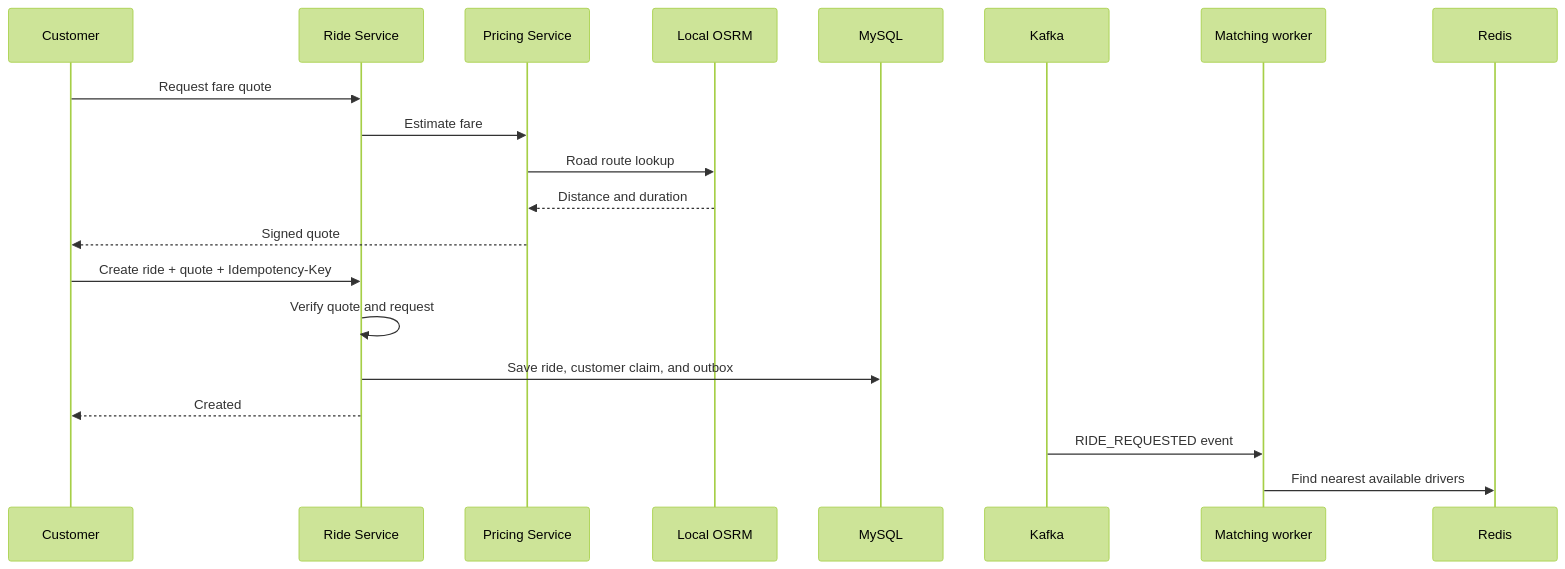
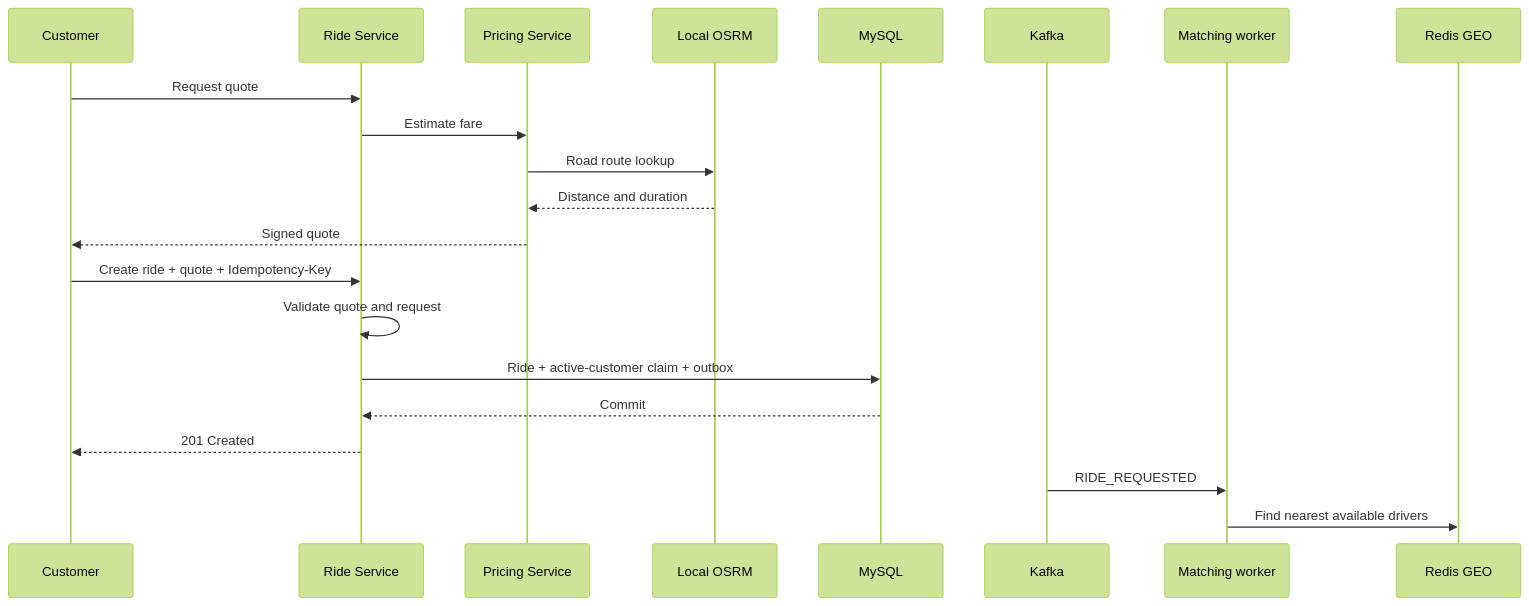
Before and after one commit to shashank35i/GoOn---Ride-Hailing-Microservices-Platform: the second of 2 diagrams in README.md, drawn with Mermaid (forest theme). The commit also changed other lines of this file, not shown here.

````diff
--- a/README.md
+++ b/README.md
@@ -54,23 +49,24 @@
 ```mermaid
 sequenceDiagram
     participant C as Customer
     participant R as Ride Service
     participant P as Pricing Service
     participant O as Local OSRM
     participant DB as MySQL
     participant K as Kafka
     participant M as Matching worker
-    participant Redis
+    participant G as Redis GEO
 
-    C->>R: Request fare quote
+    C->>R: Request quote
     R->>P: Estimate fare
     P->>O: Road route lookup
     O-->>P: Distance and duration
     P-->>C: Signed quote
     C->>R: Create ride + quote + Idempotency-Key
-    R->>R: Verify quote and request
-    R->>DB: Save ride, customer claim, and outbox
-    R-->>C: Created
-    K->>M: RIDE_REQUESTED event
-    M->>Redis: Find nearest available drivers
+    R->>R: Validate quote and request
+    R->>DB: Ride + active-customer claim + outbox
+    DB-->>R: Commit
+    R-->>C: 201 Created
+    K->>M: RIDE_REQUESTED
+    M->>G: Find nearest available drivers
 ```
````
